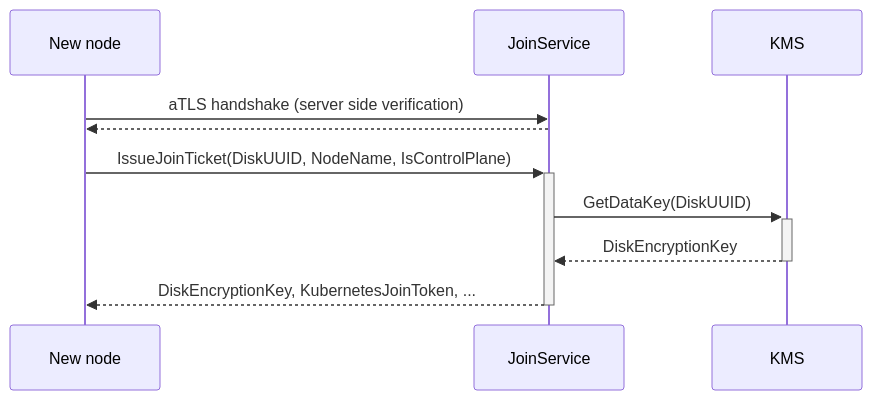
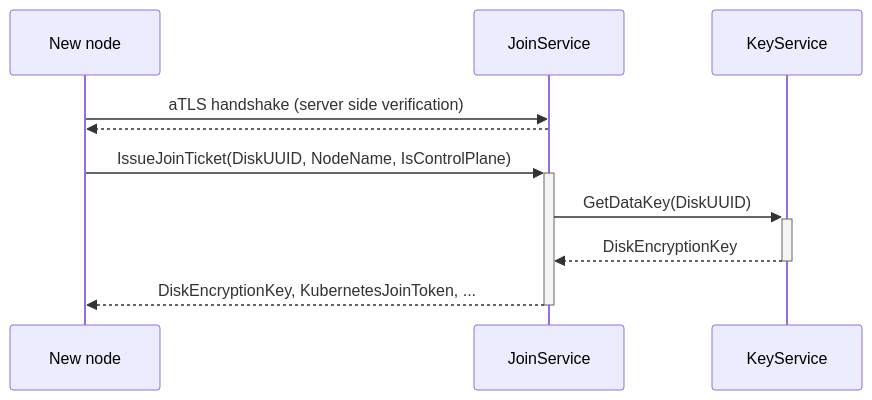
Before and after one commit to edgelesssys/constellation: the second of 2 diagrams in docs/docs/architecture/components.md, drawn with Mermaid. The commit also changed other lines of this file and 144 other files, not shown here.

````diff
--- a/docs/docs/architecture/components.md
+++ b/docs/docs/architecture/components.md
@@ -51,11 +51,11 @@
 ```mermaid
 sequenceDiagram
     participant New node
     participant JoinService
     New node->>JoinService: aTLS handshake (server side verification)
     JoinService-->>New node: #
     New node->>+JoinService: IssueJoinTicket(DiskUUID, NodeName, IsControlPlane)
-    JoinService->>+KMS: GetDataKey(DiskUUID)
-    KMS-->>-JoinService: DiskEncryptionKey
+    JoinService->>+KeyService: GetDataKey(DiskUUID)
+    KeyService-->>-JoinService: DiskEncryptionKey
     JoinService-->>-New node: DiskEncryptionKey, KubernetesJoinToken, ...
 ```
````
